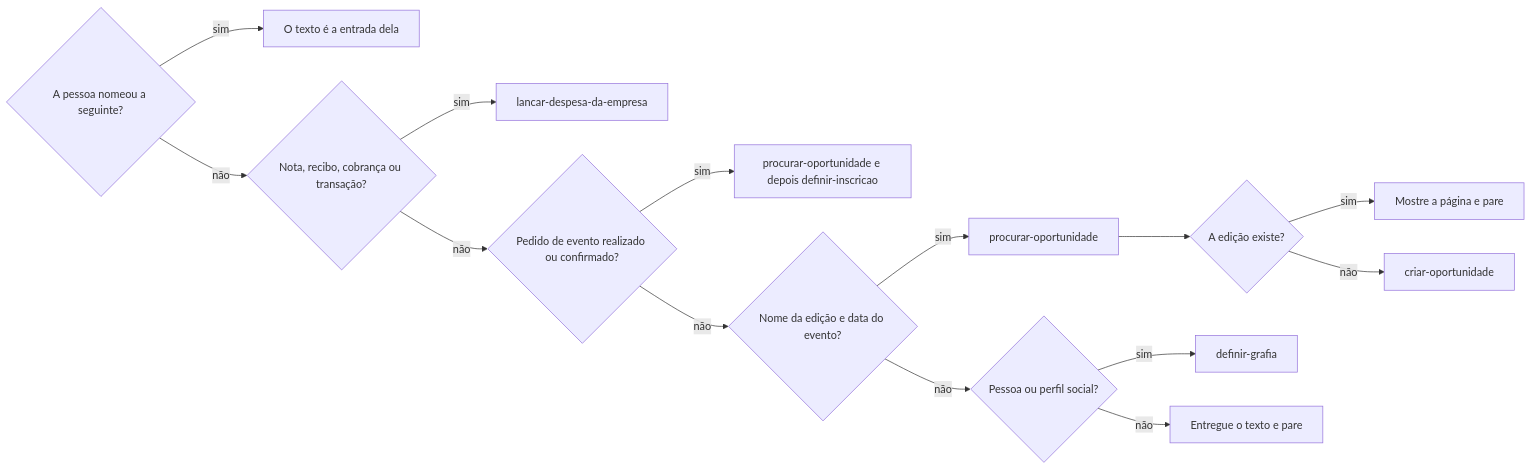
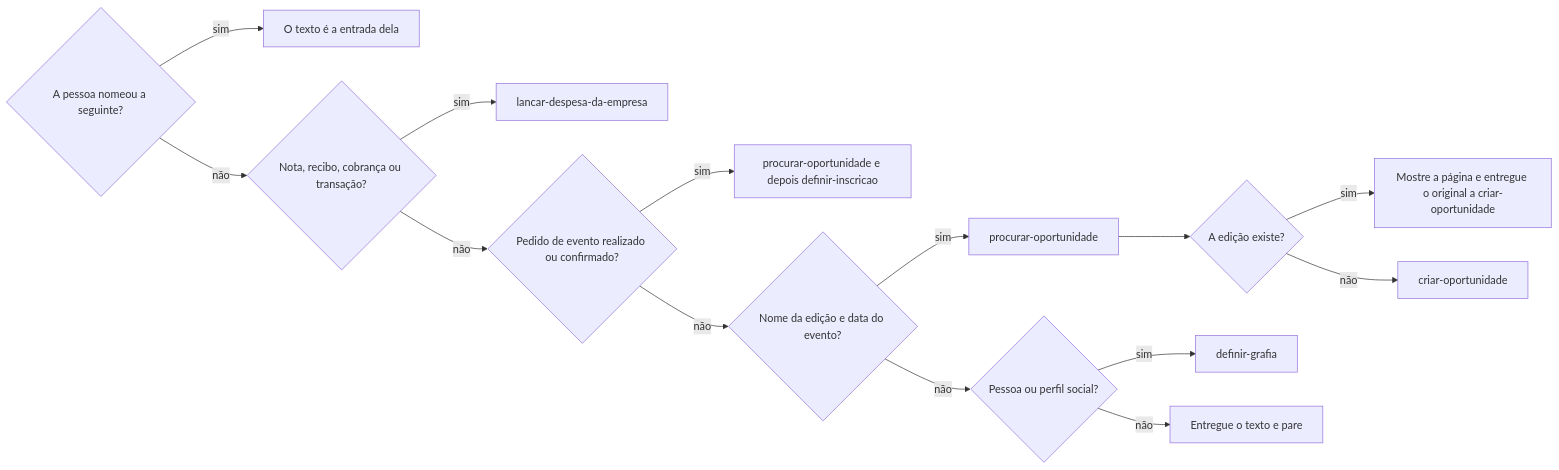
One commit to jimmyandrade/harness changed the first of 2 diagrams in .agents/skills/reconhecer-imagem/SKILL.md. Above: the diagram before and after it, drawn with Mermaid. The commit also changed other lines of this file and 7 other files, not shown here.

````diff
--- a/.agents/skills/reconhecer-imagem/SKILL.md
+++ b/.agents/skills/reconhecer-imagem/SKILL.md
@@ -49,16 +49,16 @@
 ```mermaid
 flowchart LR
   A{A pessoa nomeou a seguinte?} -->|sim| B[O texto é a entrada dela]
   A -->|não| M{Nota, recibo, cobrança ou transação?}
   M -->|sim| N[lancar-despesa-da-empresa]
   M -->|não| C{Pedido de evento realizado ou confirmado?}
   C -->|sim| D[procurar-oportunidade e depois definir-inscricao]
   C -->|não| E{Nome da edição e data do evento?}
   E -->|sim| F[procurar-oportunidade]
   F --> J{A edição existe?}
-  J -->|sim| K[Mostre a página e pare]
+  J -->|sim| K[Mostre a página e entregue o original a criar-oportunidade]
   J -->|não| L[criar-oportunidade]
   E -->|não| H{Pessoa ou perfil social?}
   H -->|sim| I[definir-grafia]
   H -->|não| G[Entregue o texto e pare]
 ```
````
